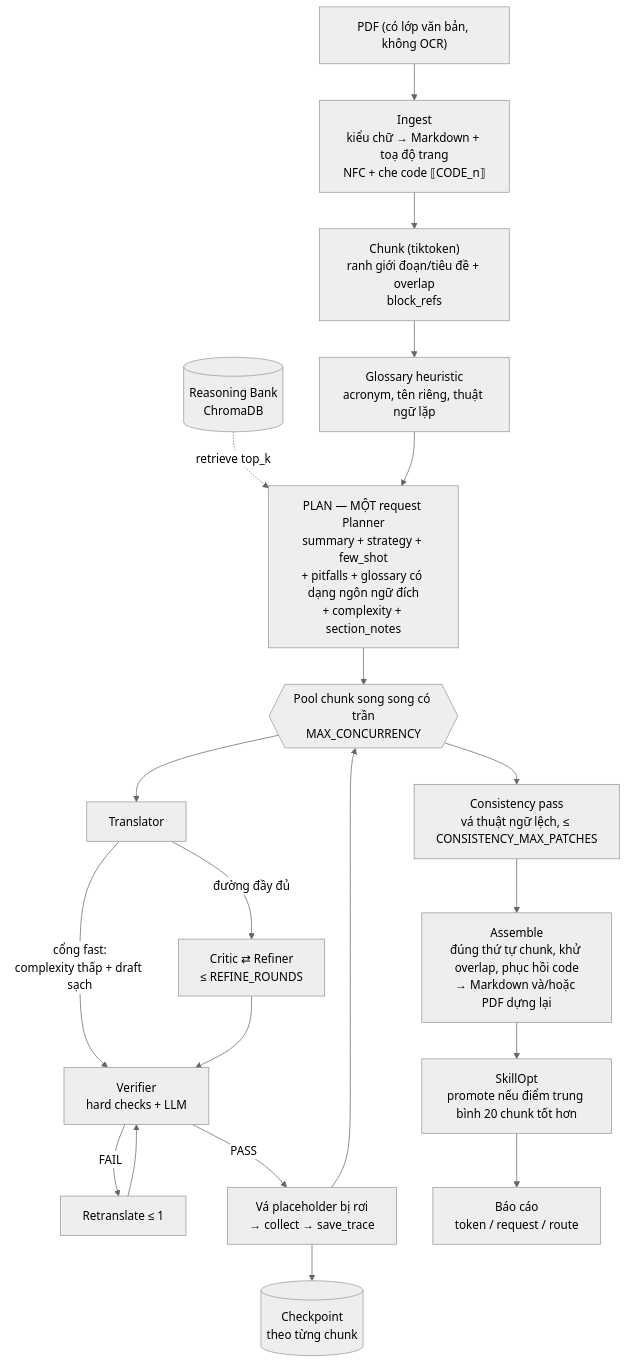
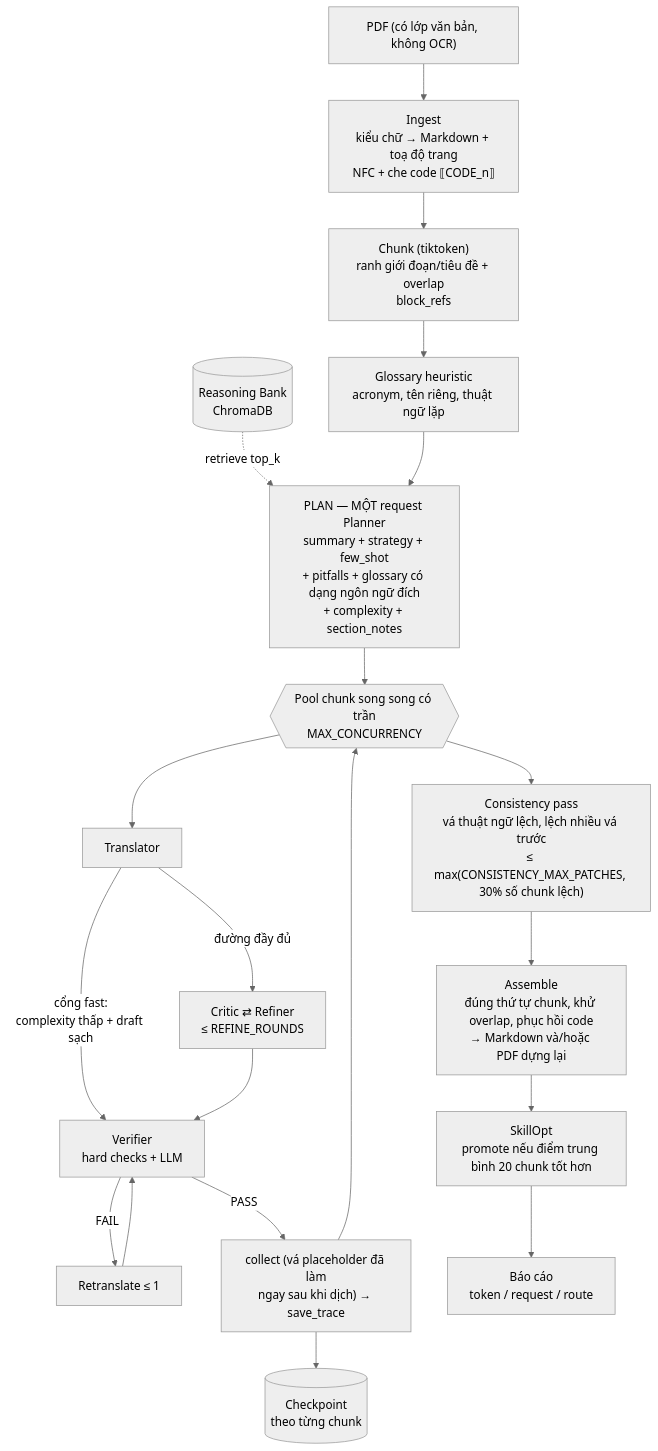
Before and after one commit to ChinhHien/agentic-machine-translator: the diagram in README.md, drawn with Mermaid (neutral theme). The commit also changed other lines of this file and 62 other files, not shown here.

````diff
--- a/README.md
+++ b/README.md
@@ -20,25 +20,25 @@
 ```mermaid
 flowchart TD
     A["PDF (có lớp văn bản, không OCR)"] --> B["Ingest<br/>kiểu chữ → Markdown + toạ độ trang<br/>NFC + che code ⟦CODE_n⟧"]
     B --> C["Chunk (tiktoken)<br/>ranh giới đoạn/tiêu đề + overlap<br/>block_refs"]
     C --> D["Glossary heuristic<br/>acronym, tên riêng, thuật ngữ lặp"]
 
     RB[("Reasoning Bank<br/>ChromaDB")] -.->|retrieve top_k| E
     D --> E["PLAN — MỘT request Planner<br/>summary + strategy + few_shot<br/>+ pitfalls + glossary có dạng ngôn ngữ đích<br/>+ complexity + section_notes"]
 
     E --> F{{"Pool chunk song song có trần<br/>MAX_CONCURRENCY"}}
     F --> G["Translator"]
     G -->|"cổng fast:<br/>complexity thấp + draft sạch"| I
     G -->|"đường đầy đủ"| H["Critic ⇄ Refiner<br/>≤ REFINE_ROUNDS"]
     H --> I["Verifier<br/>hard checks + LLM"]
     I -->|"FAIL"| J["Retranslate ≤ 1"]
     J --> I
-    I -->|"PASS"| K["Vá placeholder bị rơi<br/>→ collect → save_trace"]
+    I -->|"PASS"| K["collect (vá placeholder đã làm<br/>ngay sau khi dịch) → save_trace"]
     K --> CP[("Checkpoint<br/>theo từng chunk")]
     K --> F
 
-    F --> L["Consistency pass<br/>vá thuật ngữ lệch, ≤ CONSISTENCY_MAX_PATCHES"]
+    F --> L["Consistency pass<br/>vá thuật ngữ lệch, lệch nhiều vá trước<br/>≤ max(CONSISTENCY_MAX_PATCHES, 30% số chunk lệch)"]
     L --> M["Assemble<br/>đúng thứ tự chunk, khử overlap, phục hồi code<br/>→ Markdown và/hoặc PDF dựng lại"]
     M --> N["SkillOpt<br/>promote nếu điểm trung bình 20 chunk tốt hơn"]
     N --> O["Báo cáo<br/>token / request / route"]
 ```
````
